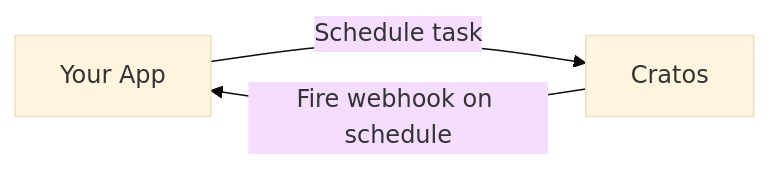
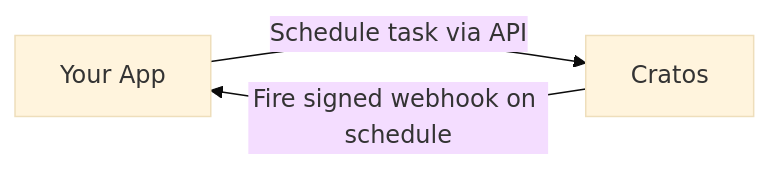
One commit to Ghiles1010/Cratos changed the diagram in README.md. Above: the diagram before and after it, drawn with Mermaid (base theme). The commit also changed other lines of this file, not shown here.

````diff
--- a/README.md
+++ b/README.md
@@ -28,5 +52,5 @@
 ```mermaid
 graph LR
-    A[Your App] -->|Schedule task| B[Cratos]
-    B -->|Fire webhook on schedule| A
+    A[Your App] -->|Schedule task via API| B[Cratos]
+    B -->|Fire signed webhook on schedule| A
 ```
````
